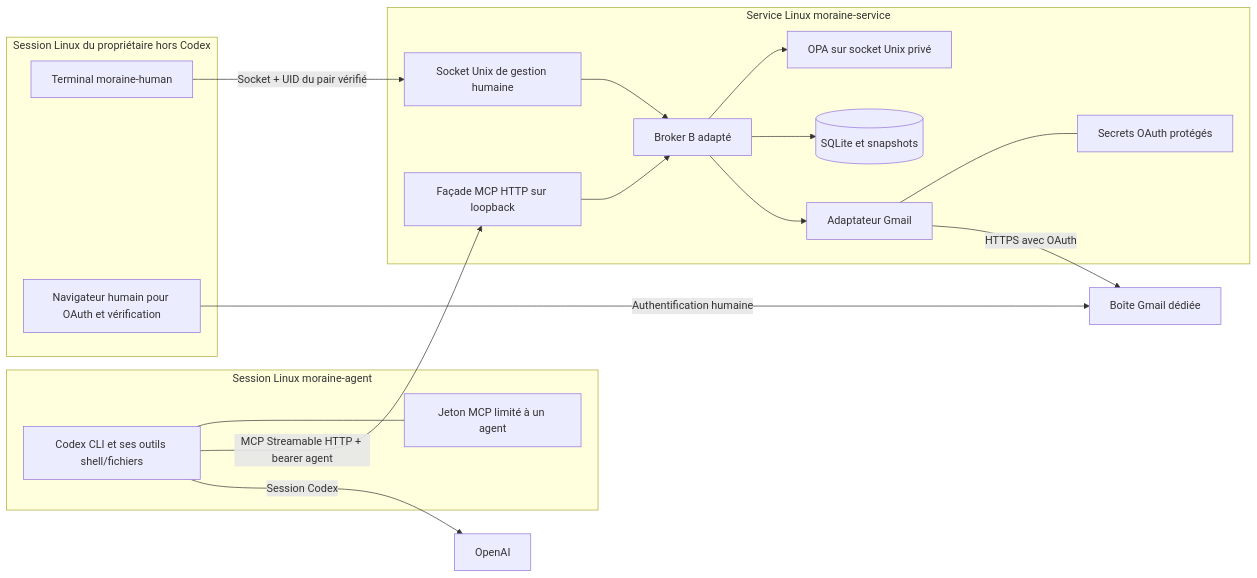
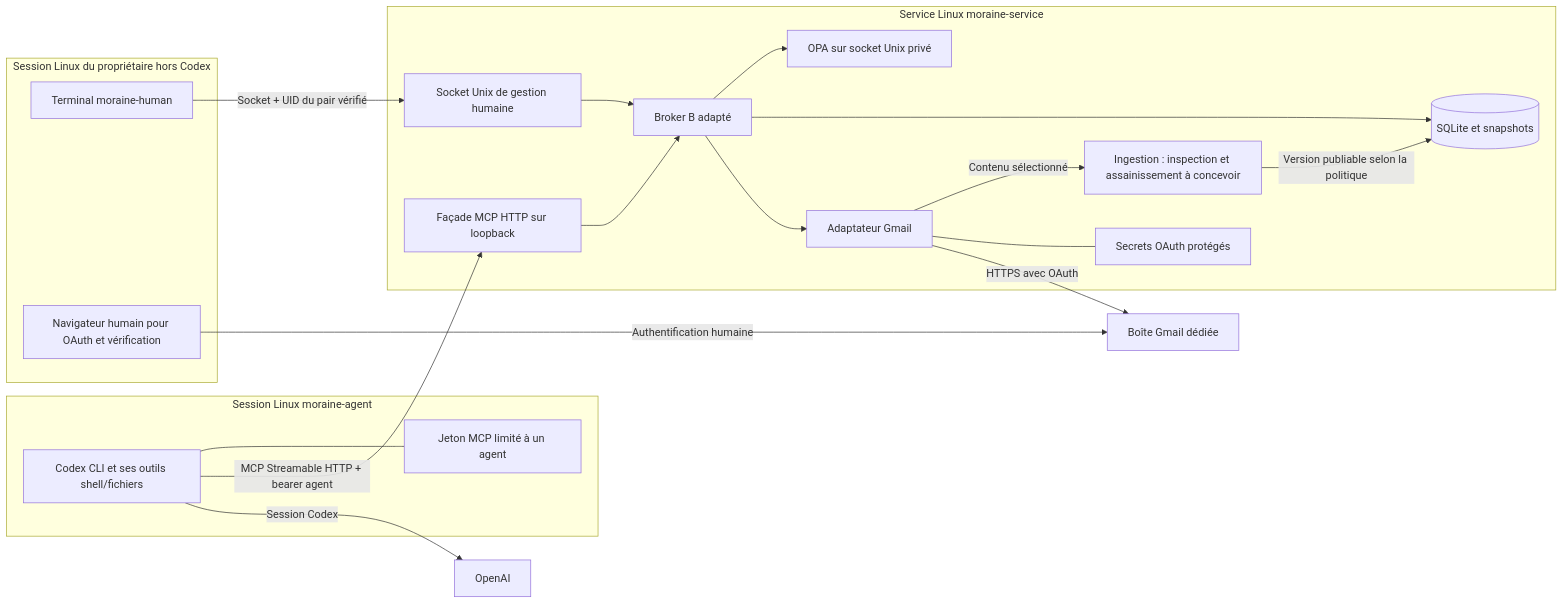
The diagram in docs/plans/codex-mcp-email-pilot.md (alacasse/moraine), drawn with Mermaid before and after one commit. The commit also changed other lines of this file and 3 other files, not shown here.

````diff
--- a/docs/plans/codex-mcp-email-pilot.md
+++ b/docs/plans/codex-mcp-email-pilot.md
@@ -52,32 +54,35 @@
 ```mermaid
 flowchart LR
   subgraph Agent[Session Linux moraine-agent]
     C[Codex CLI et ses outils shell/fichiers]
     T[Jeton MCP limité à un agent]
     C --- T
   end
   subgraph Service[Service Linux moraine-service]
     M[Façade MCP HTTP sur loopback]
     B[Broker B adapté]
     O[OPA sur socket Unix privé]
     D[(SQLite et snapshots)]
     E[Adaptateur Gmail]
+    I[Ingestion : inspection et assainissement à concevoir]
     S[Secrets OAuth protégés]
     H[Socket Unix de gestion humaine]
     M --> B
     H --> B
     B --> O
     B --> D
     B --> E
+    E -->|Contenu sélectionné| I
+    I -->|Version publiable selon la politique| D
     E --- S
   end
   subgraph Human[Session Linux du propriétaire hors Codex]
     U[Terminal moraine-human]
     W[Navigateur humain pour OAuth et vérification]
   end
   C -->|MCP Streamable HTTP + bearer agent| M
   U -->|Socket + UID du pair vérifié| H
   E -->|HTTPS avec OAuth| G[Boîte Gmail dédiée]
   W -->|Authentification humaine| G
   C -->|Session Codex| AI[OpenAI]
 ```
````
